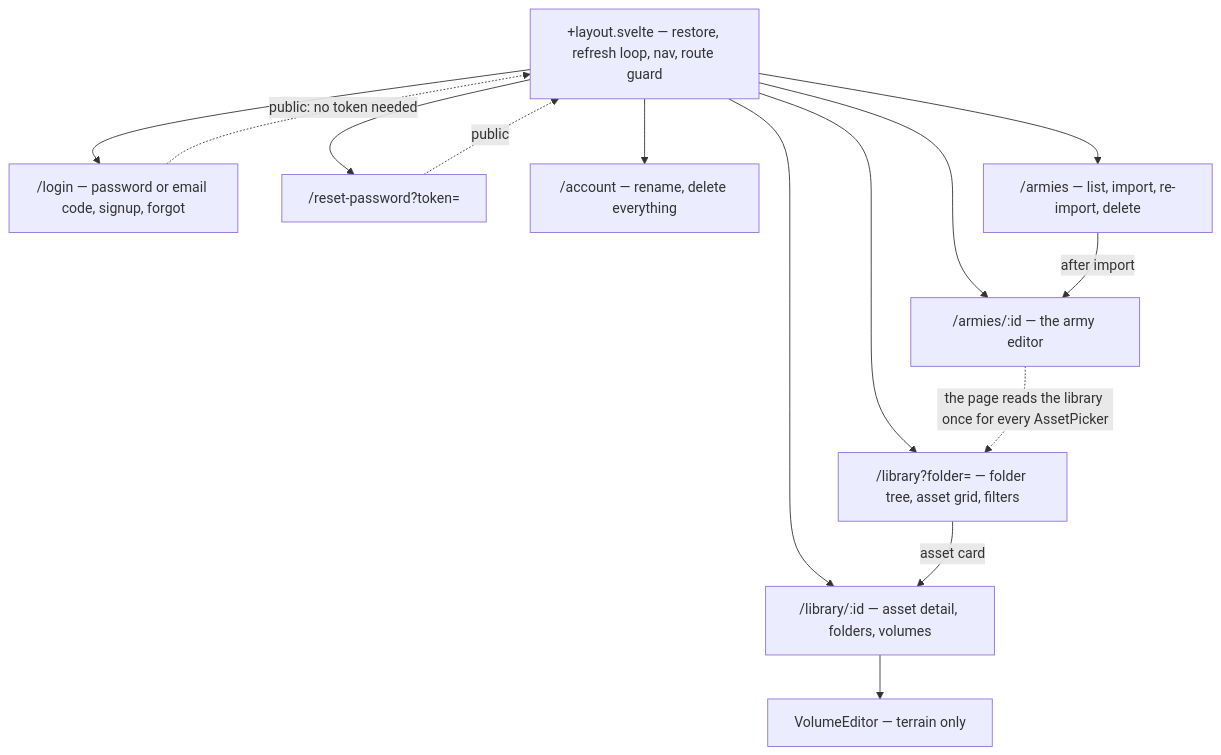
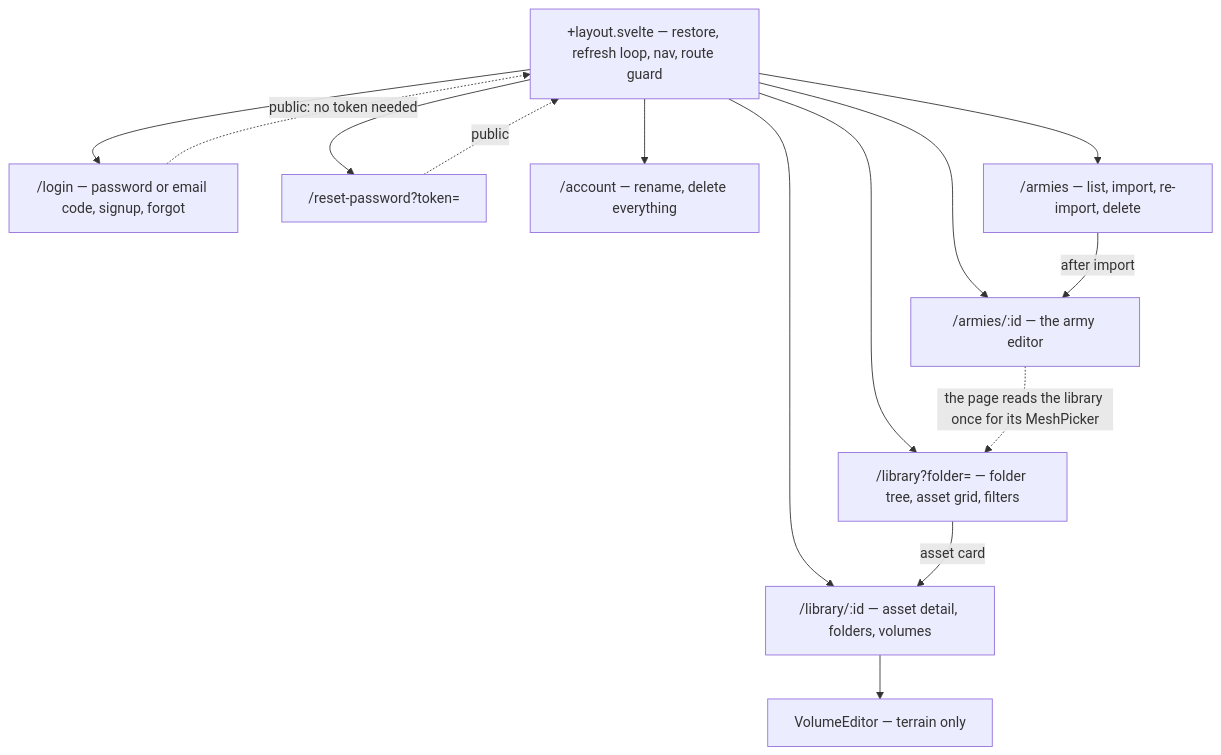
One commit to cstupi/tabletop changed the second of 13 diagrams in docs/design/web-app/design.md. Above: the diagram before and after it, drawn with Mermaid. The commit also changed other lines of this file and 26 other files, not shown here.

First line of the commit message:
Mesh picker: search, folders, suggestions and scope for a slot's mesh

````diff
--- a/docs/design/web-app/design.md
+++ b/docs/design/web-app/design.md
@@ -142,26 +142,26 @@
 ```mermaid
 graph TD
     Layout["+layout.svelte — restore, refresh loop, nav, route guard"]
     Login["/login — password or email code, signup, forgot"]
     Reset["/reset-password?token="]
     Acct["/account — rename, delete everything"]
     Armies["/armies — list, import, re-import, delete"]
     Army["/armies/:id — the army editor"]
     Lib["/library?folder= — folder tree, asset grid, filters"]
     Asset["/library/:id — asset detail, folders, volumes"]
 
     Layout --> Login
     Layout --> Reset
     Layout --> Acct
     Layout --> Armies
     Layout --> Army
     Layout --> Lib
     Layout --> Asset
     Armies -->|"after import"| Army
     Lib -->|"asset card"| Asset
-    Army -.->|"the page reads the library once for every AssetPicker"| Lib
+    Army -.->|"the page reads the library once for its MeshPicker"| Lib
     Asset --> VE["VolumeEditor — terrain only"]
 
     Login -.->|"public: no token needed"| Layout
     Reset -.->|"public"| Layout
 ```
````
